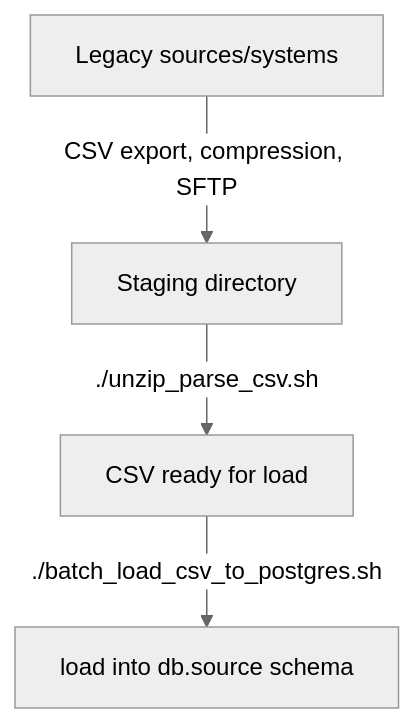
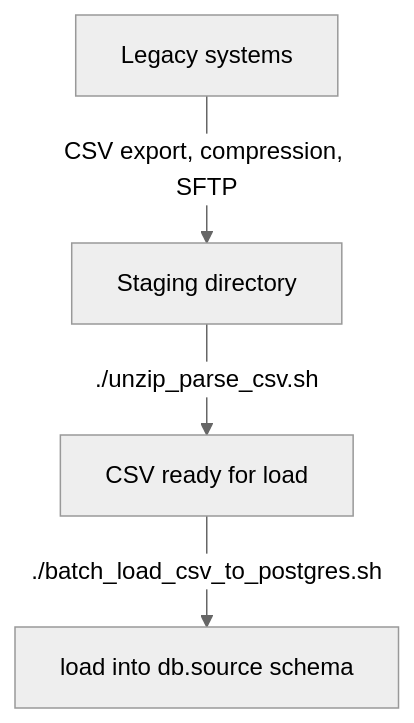
The diagram in README.md (d3london/legacy_data_loaders), drawn with Mermaid before and after one commit. The commit also changed other lines of this file and 1 other file, not shown here.

````diff
--- a/README.md
+++ b/README.md
@@ -25,7 +26,7 @@
 ```mermaid
 %%{init: {'theme': 'neutral' } }%%
   graph TD
-      A["Legacy sources/systems"]-->|"CSV export, compression, SFTP"|B["Staging directory"]
+      A["Legacy systems"]-->|"CSV export, compression, SFTP"|B["Staging directory"]
       B-->|"./unzip_parse_csv.sh"|C["CSV ready for load"]
       C-->|"./batch_load_csv_to_postgres.sh"|D["load into db.source schema"]
 ```
````
